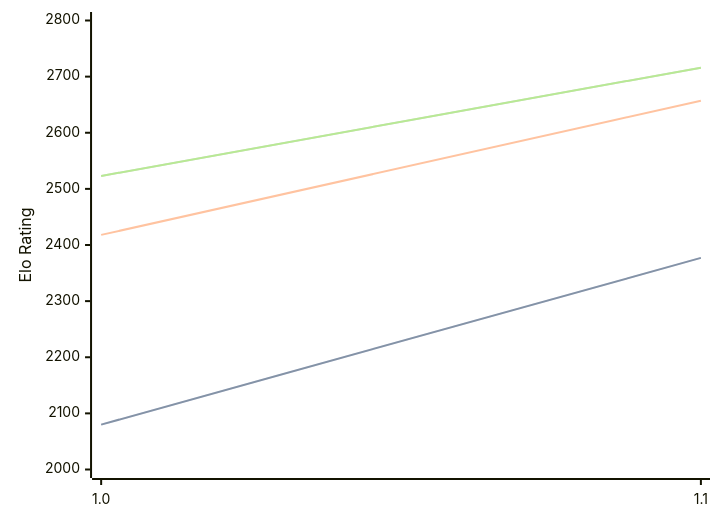
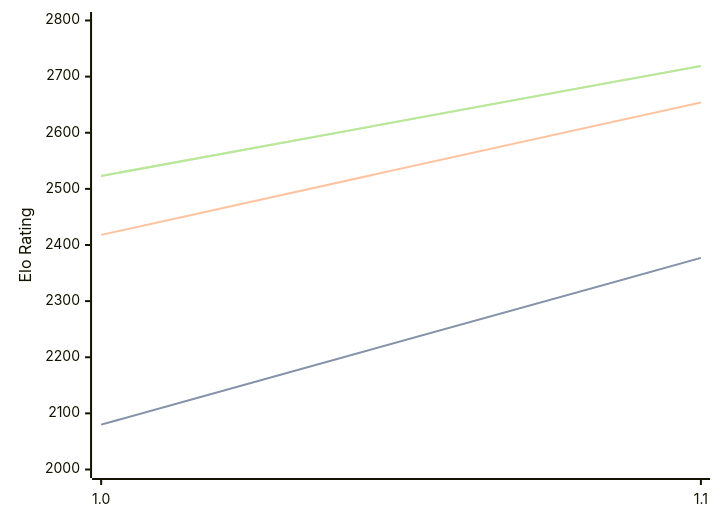
One commit to computer-chess-index/cci changed the diagram in engines/Erinn.md. Above: the diagram before and after it, drawn with Mermaid. The commit also changed other lines of this file, not shown here.

Commit message:
Update CCI Ratings (ELO VLTC) - 2026-08-10

````diff
--- a/engines/Erinn.md
+++ b/engines/Erinn.md
@@ -32,11 +32,11 @@
 ```mermaid
 %%{init: {"theme":"base","themeVariables":{"seriesColors:['#a3a3a3','#222221','#faa371']}}}%%
 xychart-beta
   x-axis ["1.0", "1.1"]
   y-axis "Elo Rating" 2000 --> 2800
   line "STC (8.0+0.08s)" [2080, 2377]
   line "STC (8.0+0.08s)" [2080, 2377]
-  line "LTC (60.0+0.60s)" [2418, 2657]
-  line "VLTC (2m24s+1.12s)" [2523, 2716]
-  line "VLTC (2m24s+1.12s)" [2523, 2716]
+  line "LTC (60.0+0.60s)" [2418, 2654]
+  line "VLTC (2m24s+1.12s)" [2523, 2719]
+  line "VLTC (2m24s+1.12s)" [2523, 2719]
 ```
````
